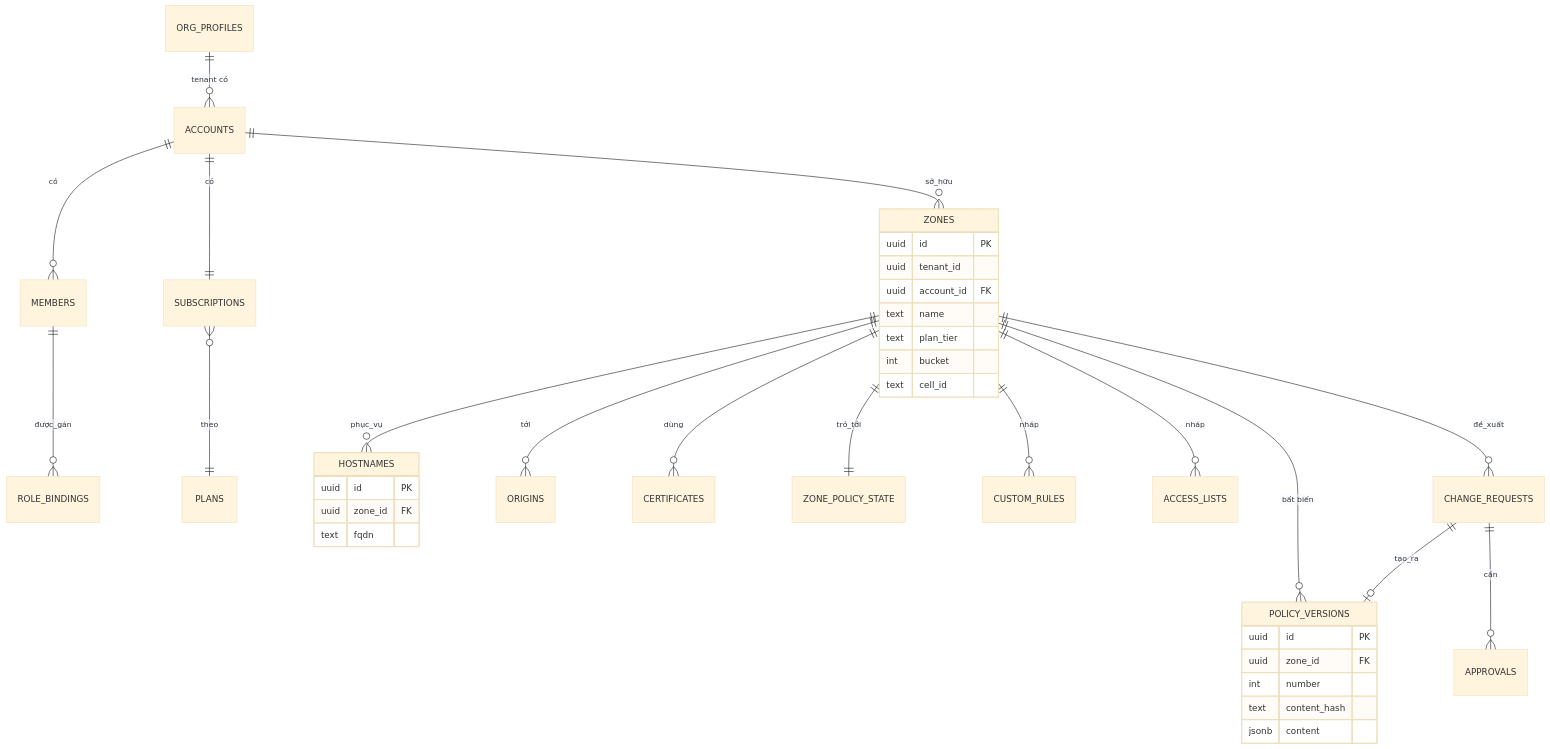
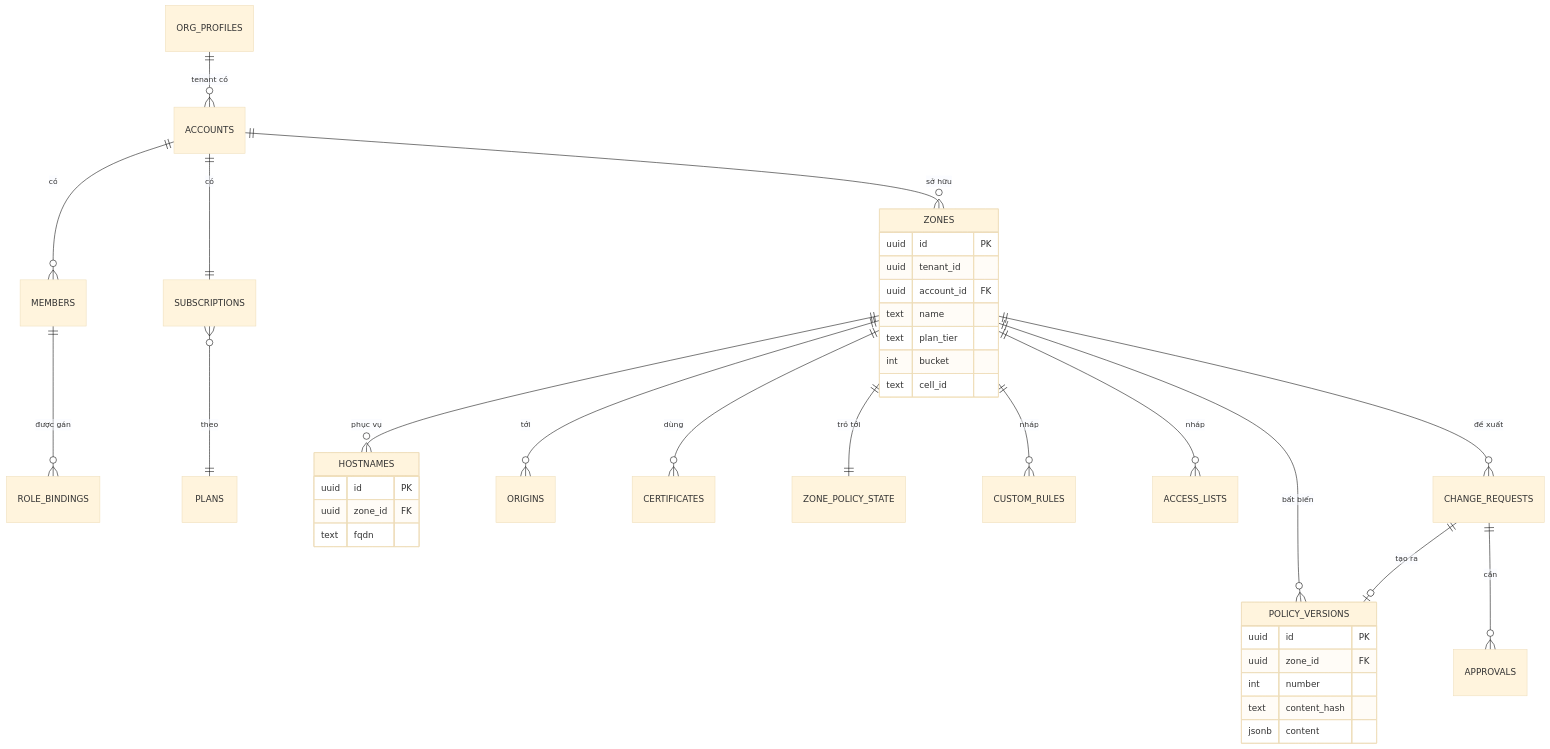
The diagram in docs/architecture/05-building-blocks/08-components/14-management-database.md (metap-org/metap-demo-waf), drawn with Mermaid (base theme) before and after one commit. The commit also changed other lines of this file and 6 other files, not shown here.

First line of the commit message:
docs(architecture): add functional decomposition (1.5) and requirements (1.6) for review

````diff
--- a/docs/architecture/05-building-blocks/08-components/14-management-database.md
+++ b/docs/architecture/05-building-blocks/08-components/14-management-database.md
@@ -94,40 +97,40 @@
 ```mermaid
 erDiagram
     ORG_PROFILES ||--o{ ACCOUNTS : "tenant có"
-    ACCOUNTS ||--o{ MEMBERS : có
-    MEMBERS ||--o{ ROLE_BINDINGS : được_gán
-    ACCOUNTS ||--|| SUBSCRIPTIONS : có
-    SUBSCRIPTIONS }o--|| PLANS : theo
-    ACCOUNTS ||--o{ ZONES : sở_hữu
-    ZONES ||--o{ HOSTNAMES : phục_vụ
-    ZONES ||--o{ ORIGINS : tới
-    ZONES ||--o{ CERTIFICATES : dùng
-    ZONES ||--|| ZONE_POLICY_STATE : trỏ_tới
+    ACCOUNTS ||--o{ MEMBERS : "có"
+    MEMBERS ||--o{ ROLE_BINDINGS : "được gán"
+    ACCOUNTS ||--|| SUBSCRIPTIONS : "có"
+    SUBSCRIPTIONS }o--|| PLANS : "theo"
+    ACCOUNTS ||--o{ ZONES : "sở hữu"
+    ZONES ||--o{ HOSTNAMES : "phục vụ"
+    ZONES ||--o{ ORIGINS : "tới"
+    ZONES ||--o{ CERTIFICATES : "dùng"
+    ZONES ||--|| ZONE_POLICY_STATE : "trỏ tới"
     ZONES ||--o{ CUSTOM_RULES : "nháp"
     ZONES ||--o{ ACCESS_LISTS : "nháp"
     ZONES ||--o{ POLICY_VERSIONS : "bất biến"
-    ZONES ||--o{ CHANGE_REQUESTS : đề_xuất
-    CHANGE_REQUESTS ||--o{ APPROVALS : cần
-    CHANGE_REQUESTS ||--o| POLICY_VERSIONS : tạo_ra
+    ZONES ||--o{ CHANGE_REQUESTS : "đề xuất"
+    CHANGE_REQUESTS ||--o{ APPROVALS : "cần"
+    CHANGE_REQUESTS ||--o| POLICY_VERSIONS : "tạo ra"
     ZONES {
         uuid id PK
         uuid tenant_id
         uuid account_id FK
         text name
         text plan_tier
         int bucket
         text cell_id
     }
     POLICY_VERSIONS {
         uuid id PK
         uuid zone_id FK
         int number
         text content_hash
         jsonb content
     }
     HOSTNAMES {
         uuid id PK
         uuid zone_id FK
         text fqdn
     }
 ```
````
